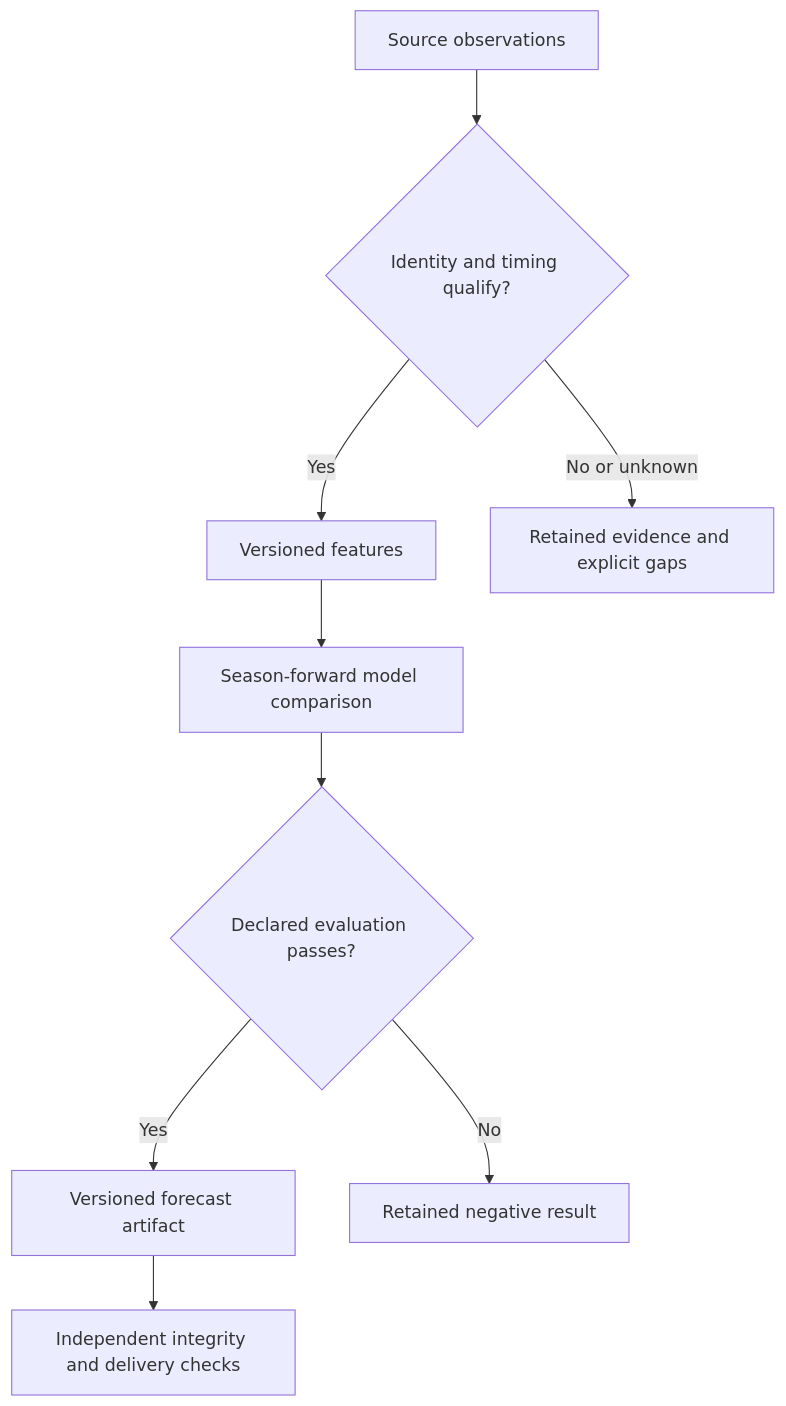
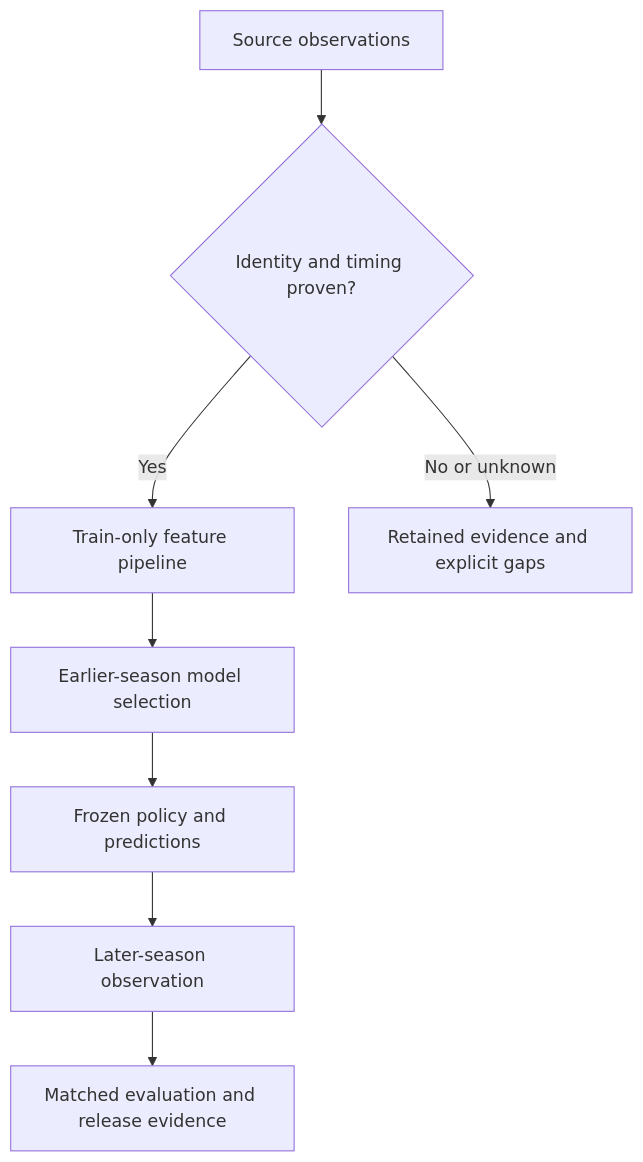
Before and after one commit to alvaromendizabal/march-machine-learning-mania-2026: the diagram in README.md, drawn with Mermaid. The commit also changed other lines of this file and 31 other files, not shown here.

Commit message:
Improve employer review with trained temporal demo and verified source evidence

````diff
--- a/README.md
+++ b/README.md
@@ -46,11 +55,10 @@
 ```mermaid
 flowchart TD
-    A[Source observations] --> B{Identity and timing qualify?}
-    B -->|Yes| C[Versioned features]
+    A[Source observations] --> B{Identity and timing proven?}
+    B -->|Yes| C[Train-only feature pipeline]
     B -->|No or unknown| D[Retained evidence and explicit gaps]
-    C --> E[Season-forward model comparison]
-    E --> F{Declared evaluation passes?}
-    F -->|Yes| G[Versioned forecast artifact]
-    F -->|No| H[Retained negative result]
-    G --> I[Independent integrity and delivery checks]
+    C --> E[Earlier-season model selection]
+    E --> F[Frozen policy and predictions]
+    F --> G[Later-season observation]
+    G --> H[Matched evaluation and release evidence]
 ```
````
